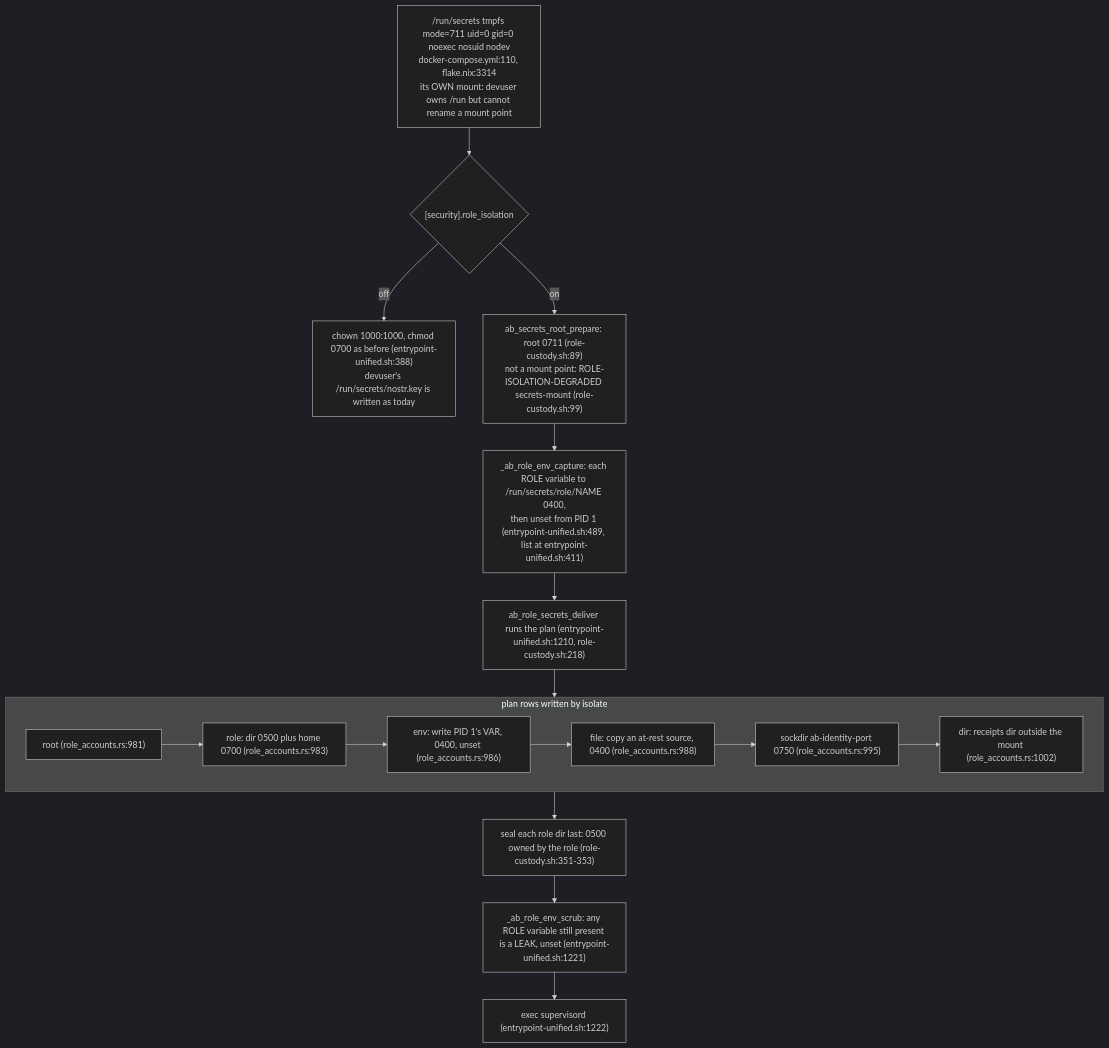
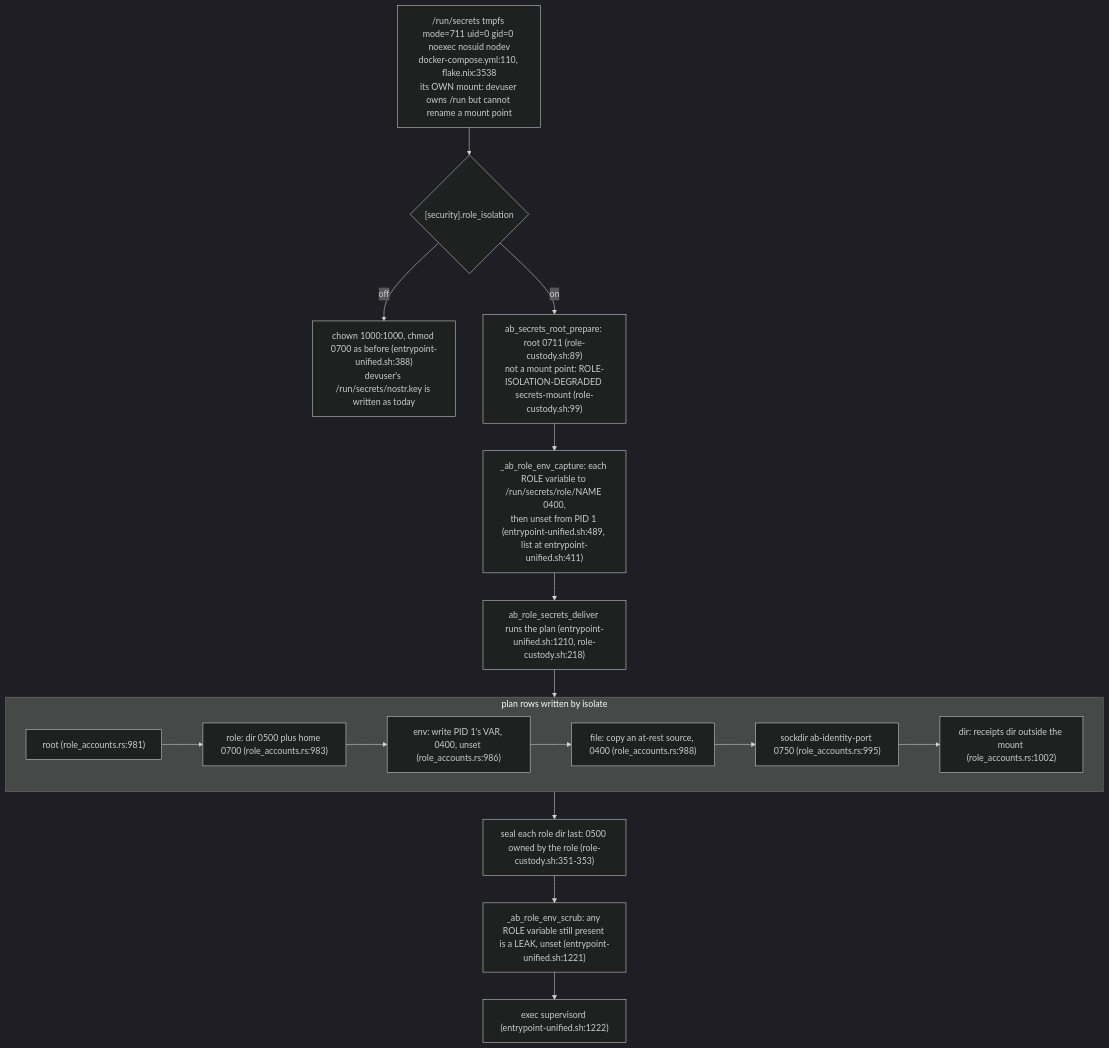
One commit to DreamLab-AI/VisionFlow changed the third of 7 diagrams in docs/diagrams/agentbox/36-role-isolation-and-identity-port.md. Above: the diagram before and after it, drawn with Mermaid (dark theme). The commit also changed other lines of this file and 111 other files, not shown here.

Commit message:
docs(diagrams): align estate maps with current source

````diff
--- a/docs/diagrams/agentbox/36-role-isolation-and-identity-port.md
+++ b/docs/diagrams/agentbox/36-role-isolation-and-identity-port.md
@@ -119,22 +120,22 @@
 ```mermaid
 flowchart TB
-    MNT["/run/secrets tmpfs mode=711 uid=0 gid=0 noexec nosuid nodev<br/>docker-compose.yml:110, flake.nix:3314<br/>its OWN mount: devuser owns /run but cannot rename a mount point"]
+    MNT["/run/secrets tmpfs mode=711 uid=0 gid=0 noexec nosuid nodev<br/>docker-compose.yml:110, flake.nix:3538<br/>its OWN mount: devuser owns /run but cannot rename a mount point"]
     MNT --> MODE{"[security].role_isolation"}
     MODE -->|"off"| OFF["chown 1000:1000, chmod 0700 as before (entrypoint-unified.sh:388)<br/>devuser's /run/secrets/nostr.key is written as today"]
     MODE -->|"on"| PREP["ab_secrets_root_prepare: root 0711 (role-custody.sh:89)<br/>not a mount point: ROLE-ISOLATION-DEGRADED secrets-mount (role-custody.sh:99)"]
     PREP --> CAP["_ab_role_env_capture: each ROLE variable to /run/secrets/role/NAME 0400,<br/>then unset from PID 1 (entrypoint-unified.sh:489, list at entrypoint-unified.sh:411)"]
     CAP --> DEL["ab_role_secrets_deliver runs the plan (entrypoint-unified.sh:1210, role-custody.sh:218)"]
     subgraph PLAN["plan rows written by isolate"]
         P1["root (role_accounts.rs:981)"]
         P2["role: dir 0500 plus home 0700 (role_accounts.rs:983)"]
         P3["env: write PID 1's VAR, 0400, unset (role_accounts.rs:986)"]
         P4["file: copy an at-rest source, 0400 (role_accounts.rs:988)"]
         P5["sockdir ab-identity-port 0750 (role_accounts.rs:995)"]
         P6["dir: receipts dir outside the mount (role_accounts.rs:1002)"]
         P1 --> P2 --> P3 --> P4 --> P5 --> P6
     end
     DEL --> PLAN
     PLAN --> SEAL["seal each role dir last: 0500 owned by the role (role-custody.sh:351-353)"]
     SEAL --> SCRUB["_ab_role_env_scrub: any ROLE variable still present is a LEAK, unset (entrypoint-unified.sh:1221)"]
     SCRUB --> X["exec supervisord (entrypoint-unified.sh:1222)"]
 ```
````
